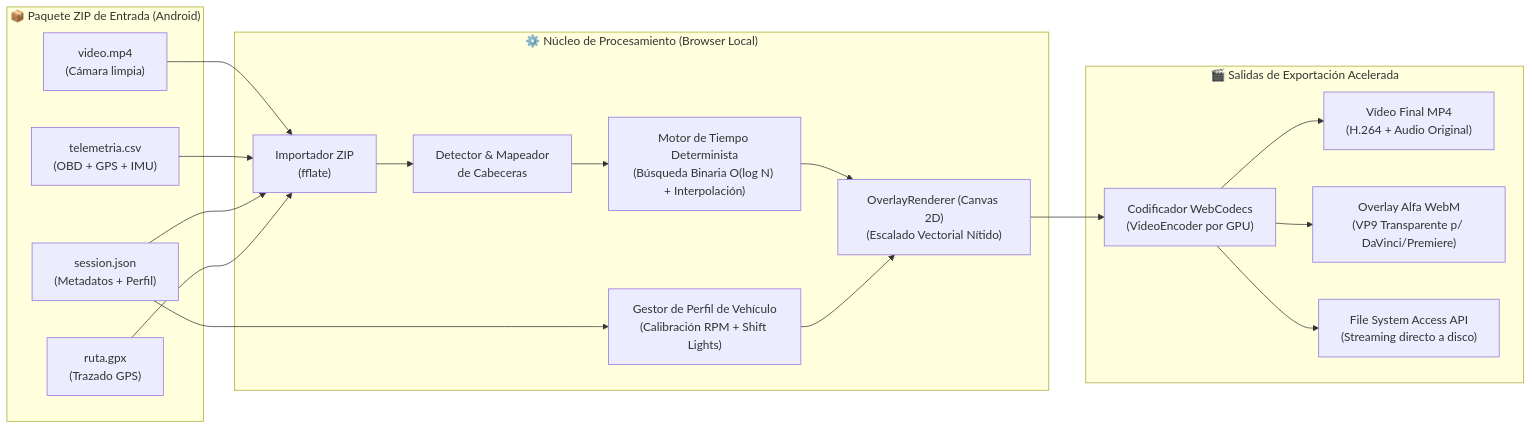
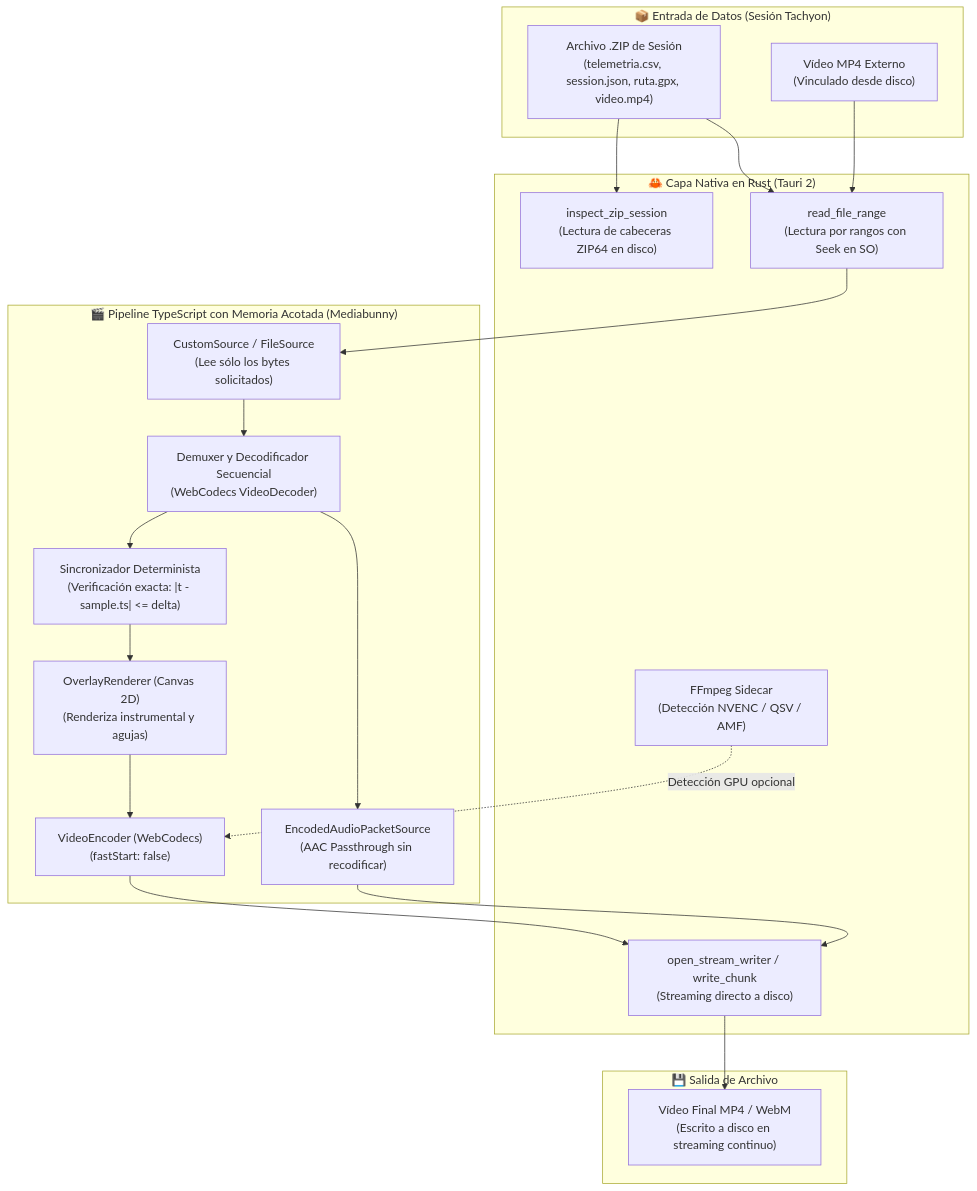
Before and after one commit to GuacamoleGH/Tachyon-Studio-Rust: the diagram in README.md, drawn with Mermaid. The commit also changed other lines of this file, not shown here.

Commit message:
docs: comprehensive rewrite of README with truthful desktop architecture, benchmarks and limits (Phase F6)

````diff
--- a/README.md
+++ b/README.md
@@ -50,33 +53,40 @@
 ```mermaid
-flowchart LR
-    subgraph INPUT["📦 Paquete ZIP de Entrada (Android)"]
-        V["video.mp4\n(Cámara limpia)"]
-        C["telemetria.csv\n(OBD + GPS + IMU)"]
-        S["session.json\n(Metadatos + Perfil)"]
-        G["ruta.gpx\n(Trazado GPS)"]
+flowchart TD
+    subgraph IN["📦 Entrada de Datos (Sesión Tachyon)"]
+        ZIP["Archivo .ZIP de Sesión\n(telemetria.csv, session.json, ruta.gpx, video.mp4)"]
+        EXT["Vídeo MP4 Externo\n(Vinculado desde disco)"]
     end
 
-    subgraph ENGINE["⚙️ Núcleo de Procesamiento (Browser Local)"]
-        ZIP["Importador ZIP\n(fflate)"]
-        MAP["Detector & Mapeador\nde Cabeceras"]
-        TIME["Motor de Tiempo Determinista\n(Búsqueda Binaria O(log N) + Interpolación)"]
-        PROF["Gestor de Perfil de Vehículo\n(Calibración RPM + Shift Lights)"]
-        CANVAS["OverlayRenderer (Canvas 2D)\n(Escalado Vectorial Nítido)"]
+    subgraph RUST["🦀 Capa Nativa en Rust (Tauri 2)"]
+        INSP["inspect_zip_session\n(Lectura de cabeceras ZIP64 en disco)"]
+        RANGES["read_file_range\n(Lectura por rangos con Seek en SO)"]
+        WRITER["open_stream_writer / write_chunk\n(Streaming directo a disco)"]
+        SIDE["FFmpeg Sidecar\n(Detección NVENC / QSV / AMF)"]
     end
 
-    subgraph OUTPUT["🎬 Salidas de Exportación Acelerada"]
-        ENC["Codificador WebCodecs\n(VideoEncoder por GPU)"]
-        MP4["Vídeo Final MP4\n(H.264 + Audio Original)"]
-        WEBM["Overlay Alfa WebM\n(VP9 Transparente p/ DaVinci/Premiere)"]
-        STREAM["File System Access API\n(Streaming directo a disco)"]
+    subgraph PIPELINE["🎬 Pipeline TypeScript con Memoria Acotada (Mediabunny)"]
+        SRC["CustomSource / FileSource\n(Lee sólo los bytes solicitados)"]
+        DEMUX["Demuxer y Decodificador Secuencial\n(WebCodecs VideoDecoder)"]
+        SYNC["Sincronizador Determinista\n(Verificación exacta: |t - sample.ts| <= delta)"]
+        CANVAS["OverlayRenderer (Canvas 2D)\n(Renderiza instrumental y agujas)"]
+        ENC["VideoEncoder (WebCodecs)\n(fastStart: false)"]
+        AUDIO["EncodedAudioPacketSource\n(AAC Passthrough sin recodificar)"]
     end
 
-    V & C & S & G --> ZIP
-    ZIP --> MAP --> TIME
-    S --> PROF
-    TIME & PROF --> CANVAS
+    subgraph OUT["💾 Salida de Archivo"]
+        MP4["Vídeo Final MP4 / WebM\n(Escrito a disco en streaming continuo)"]
+    end
+
+    ZIP --> INSP
+    ZIP --> RANGES
+    EXT --> RANGES
+    RANGES --> SRC
+    SRC --> DEMUX
+    DEMUX --> SYNC
+    SYNC --> CANVAS
     CANVAS --> ENC
-    ENC --> MP4
-    ENC --> WEBM
-    ENC --> STREAM
+    DEMUX --> AUDIO
+    ENC & AUDIO --> WRITER
+    WRITER --> MP4
+    SIDE -.->|Detección GPU opcional| ENC
 ```
````
